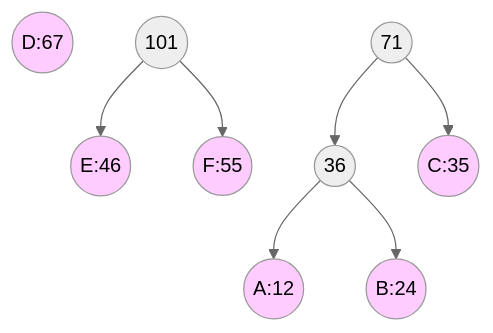
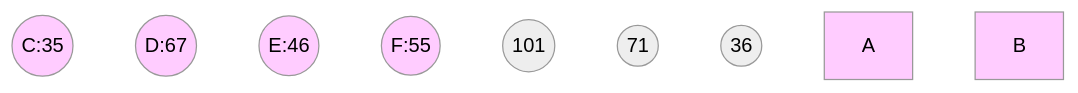
One commit to dmjcb/SelfBlog changed the fourth of 7 diagrams in DataStructures/Tree/BinaryTree/2020-01-16-哈夫曼树.md. Above: the diagram before and after it, drawn with Mermaid (neutral theme). The commit also changed other lines of this file and 224 other files, not shown here.

````diff
--- a/DataStructures/Tree/BinaryTree/2020-01-16-哈夫曼树.md
+++ b/DataStructures/Tree/BinaryTree/2020-01-16-哈夫曼树.md
@@ -96,27 +90,21 @@
 ```mermaid
 graph TB
     C((C:35))
     D((D:67))
     E((E:46))
     F((F:55))
 
     Z((101))
-    Z --> E
-    Z --> F
 
     Y((71))
     X((36)) 
 
-    Y --> X
-    Y --> C((C:35))
-    X --> A((A:12))
-    X --> B((B:24))
     
     A:::Style
     B:::Style
     C:::Style
     D:::Style
     E:::Style
     F:::Style
     classDef Style fill:#FFCCFF
 ```
````
